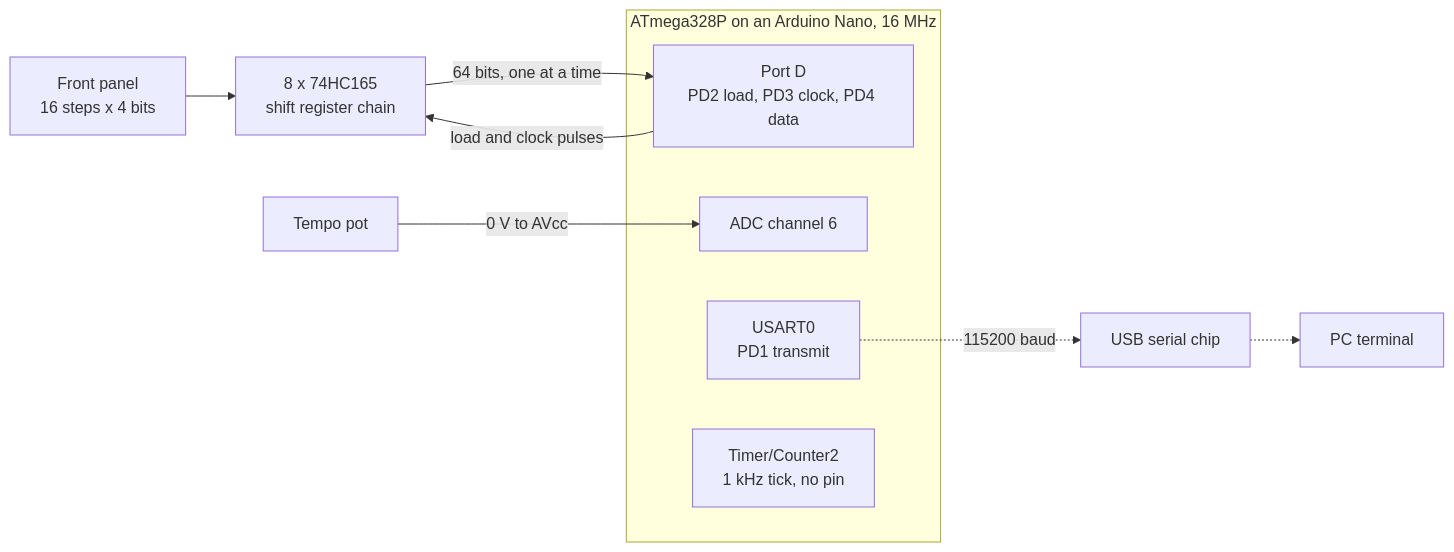
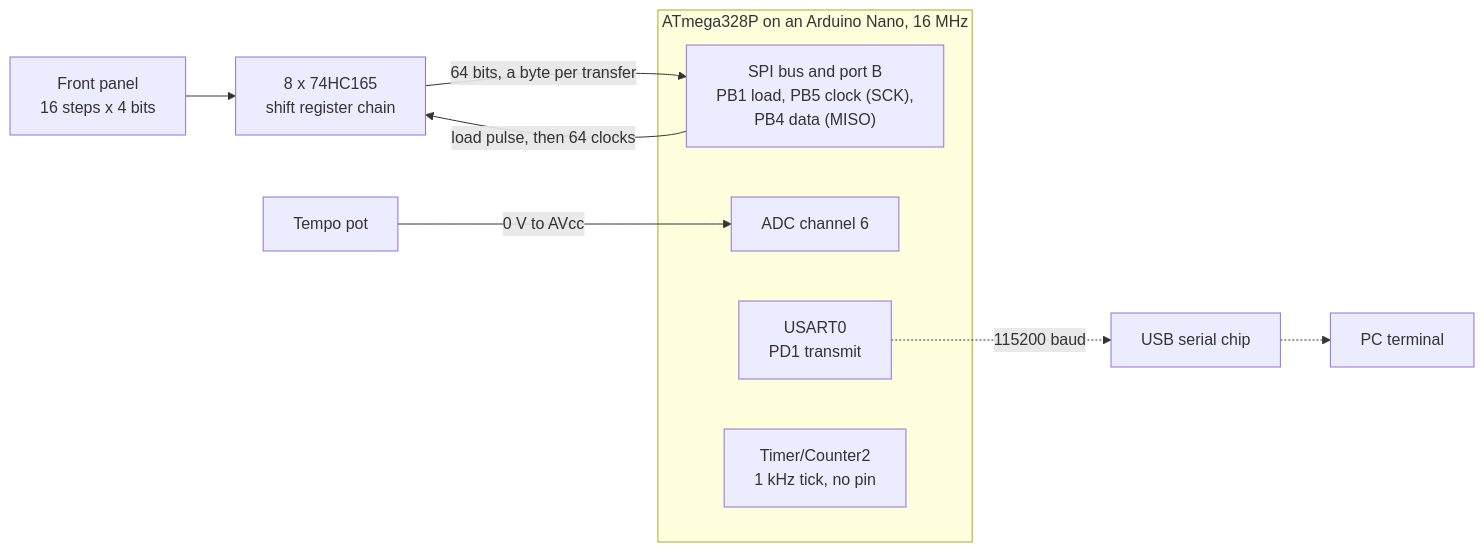
The first of 19 diagrams in docs/ARCHITECTURE.md (BonelessPig/nano_sequencer), drawn with Mermaid before and after one commit. The commit also changed other lines of this file and 26 other files, not shown here.

First line of the commit message:
Move the 74HC165 chain to the SPI bus, behind a new SPI driver

````diff
--- a/docs/ARCHITECTURE.md
+++ b/docs/ARCHITECTURE.md
@@ -28,16 +28,16 @@
 ```mermaid
 flowchart LR
     panel["Front panel<br/>16 steps x 4 bits"] --> chain["8 x 74HC165<br/>shift register chain"]
     pot["Tempo pot"]
     subgraph mcu["ATmega328P on an Arduino Nano, 16 MHz"]
-        gpio["Port D<br/>PD2 load, PD3 clock, PD4 data"]
+        gpio["SPI bus and port B<br/>PB1 load, PB5 clock (SCK),<br/>PB4 data (MISO)"]
         adc["ADC channel 6"]
         usart["USART0<br/>PD1 transmit"]
         timer["Timer/Counter2<br/>1 kHz tick, no pin"]
     end
-    gpio -->|"load and clock pulses"| chain
-    chain -->|"64 bits, one at a time"| gpio
+    gpio -->|"load pulse, then 64 clocks"| chain
+    chain -->|"64 bits, a byte per transfer"| gpio
     pot -->|"0 V to AVcc"| adc
     usart -.->|"115200 baud"| usb["USB serial chip"]
     usb -.-> pc["PC terminal"]
 ```
````
